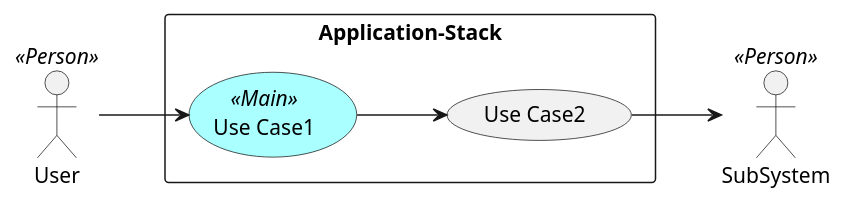
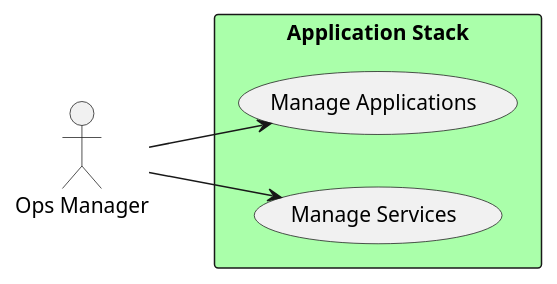
The diagram in docs/Solution/Application-Stack/UseCases.puml (CAADE/fleet), drawn with PlantUML before and after one commit. The commit also changed 44 other files, not shown here.

Commit message:
Document Application Stack

```diff
--- a/docs/Solution/Application-Stack/UseCases.puml
+++ b/docs/Solution/Application-Stack/UseCases.puml
@@ -1,23 +1,16 @@
 @startuml
 
 left to right direction
 
-skinparam usecase {
-  BackgroudnColor #ffffaa
-  BackgroundColor<<Main>> #aaffff
-}
-actor :User: <<Person>>
-actor :SubSystem: <<Person>>
+actor :Ops Manager: as Ops
+
+rectangle "Application Stack" #aaffaa {
+UseCase UC1 as "Manage Applications"
+UseCase UC2  as "Manage Services"
 
 
-rectangle "Application-Stack" {
-UseCase UC1 <<Main>> as "Use Case1"
-UseCase UC2  as "Use Case2"
-
-
-User --> UC1
-UC1 --> UC2
-UC2 --> SubSystem
+Ops --> UC1
+Ops --> UC2
 }
 
 @enduml
```
